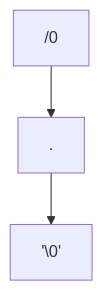
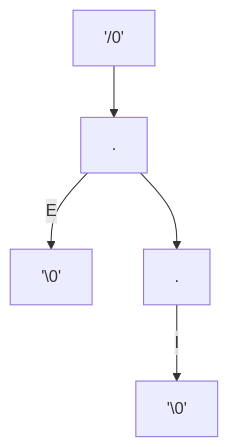
Before and after one commit to mmcnally1/arduino-projects: the second of 2 diagrams in morse-code/README.md, drawn with Mermaid. The commit also changed other lines of this file, not shown here.

````diff
--- a/morse-code/README.md
+++ b/morse-code/README.md
@@ -27,6 +27,8 @@
 ```mermaid
 graph TD;
-/0 --> B[.]
-B[.] --> C['\0']
+A['/0'] --> B[.]
+B[.] -- E --> C['\0']
+B[.] --> D[.]
+D[.] -- I --> E['\0']
 
 ```
````
